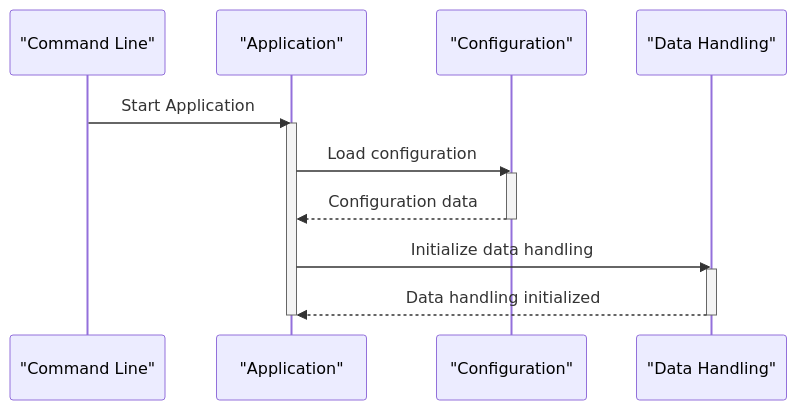
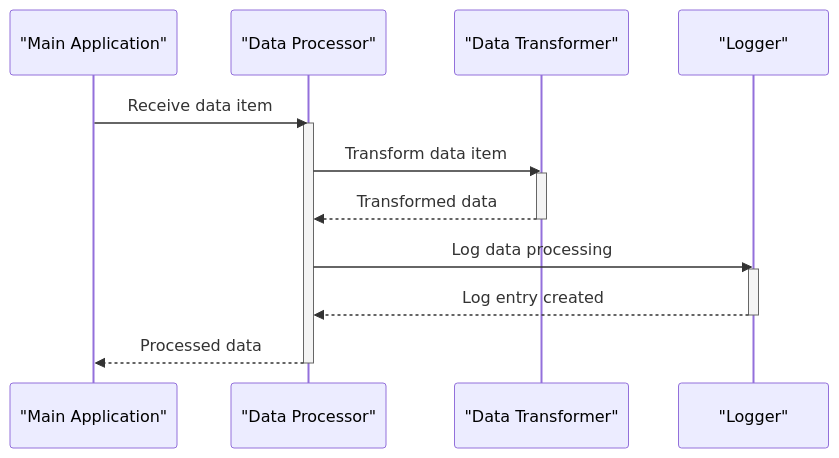
The fourth of 7 diagrams in output/python-sample-project/07_diagrams.md (OpenXFlow/sourceLensAI), drawn with Mermaid before and after one commit. The commit also changed other lines of this file and 15 other files, not shown here.

````diff
--- a/output/python-sample-project/07_diagrams.md
+++ b/output/python-sample-project/07_diagrams.md
@@ -35,18 +91,19 @@
 ```mermaid
 sequenceDiagram
-    participant CLI as "Command Line"
-    participant MainApp as "Application"
-    participant Config as "Configuration"
-    participant DataHandler as "Data Handling"
-    CLI->>MainApp: Start Application
-    activate MainApp
-    MainApp->>Config: Load configuration
-    activate Config
-    Config-->>MainApp: Configuration data
-    deactivate Config
-    MainApp->>DataHandler: Initialize data handling
-    activate DataHandler
-    DataHandler-->>MainApp: Data handling initialized
-    deactivate DataHandler
-    deactivate MainApp
+    participant MainApp as "Main Application"
+    participant DataProcessor as "Data Processor"
+    participant Transformer as "Data Transformer"
+    participant Logger as "Logger"
+    MainApp->>DataProcessor: Receive data item
+    activate DataProcessor
+    DataProcessor->>Transformer: Transform data item
+    activate Transformer
+    Transformer-->>DataProcessor: Transformed data
+    deactivate Transformer
+    DataProcessor->>Logger: Log data processing
+    activate Logger
+    Logger-->>DataProcessor: Log entry created
+    deactivate Logger
+    DataProcessor-->>MainApp: Processed data
+    deactivate DataProcessor
 ```
````
